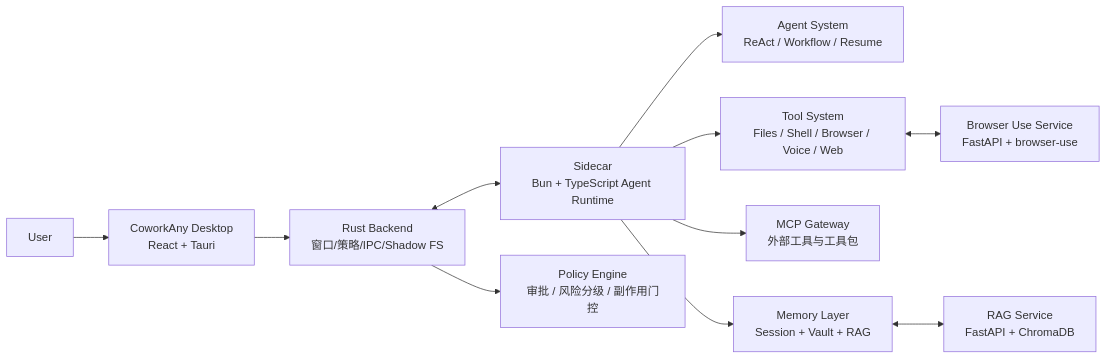
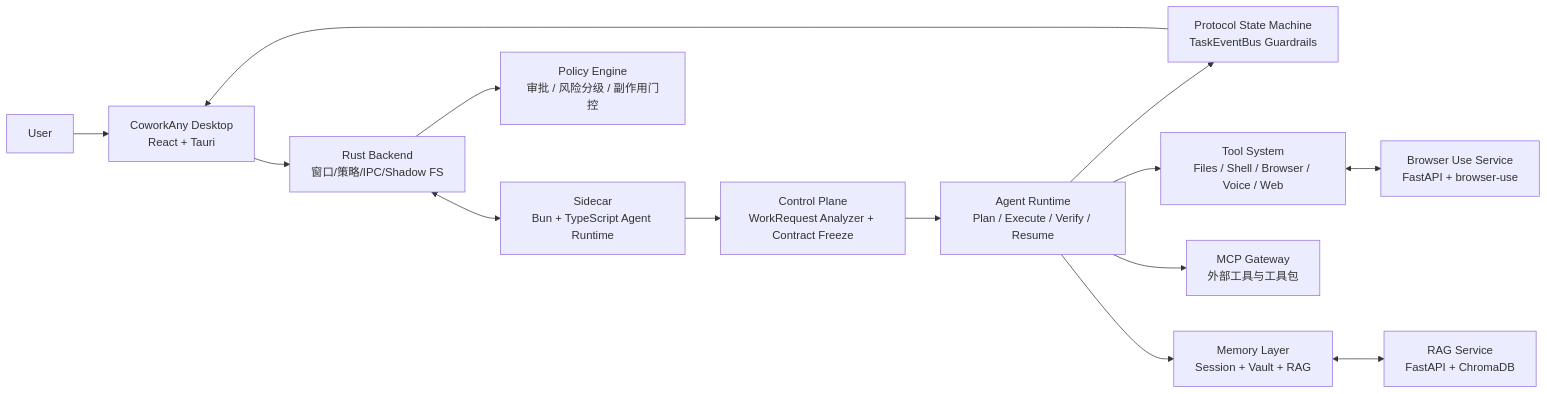
The first of 2 diagrams in README.md (GiantClam/coworkany), drawn with Mermaid before and after one commit. The commit also changed other lines of this file and 61 other files, not shown here.

````diff
--- a/README.md
+++ b/README.md
@@ -51,13 +76,16 @@
 ```mermaid
 flowchart LR
     U["User"] --> D["CoworkAny Desktop<br/>React + Tauri"]
     D --> R["Rust Backend<br/>窗口/策略/IPC/Shadow FS"]
     R <--> S["Sidecar<br/>Bun + TypeScript Agent Runtime"]
-    S --> A["Agent System<br/>ReAct / Workflow / Resume"]
-    S --> T["Tool System<br/>Files / Shell / Browser / Voice / Web"]
-    S --> M["MCP Gateway<br/>外部工具与工具包"]
-    S --> V["Memory Layer<br/>Session + Vault + RAG"]
+    S --> C["Control Plane<br/>WorkRequest Analyzer + Contract Freeze"]
+    C --> A["Agent Runtime<br/>Plan / Execute / Verify / Resume"]
+    A --> E["Protocol State Machine<br/>TaskEventBus Guardrails"]
+    A --> T["Tool System<br/>Files / Shell / Browser / Voice / Web"]
+    A --> M["MCP Gateway<br/>外部工具与工具包"]
+    A --> V["Memory Layer<br/>Session + Vault + RAG"]
+    E --> D
     V <--> G["RAG Service<br/>FastAPI + ChromaDB"]
     T <--> B["Browser Use Service<br/>FastAPI + browser-use"]
     R --> P["Policy Engine<br/>审批 / 风险分级 / 副作用门控"]
 ```
````
